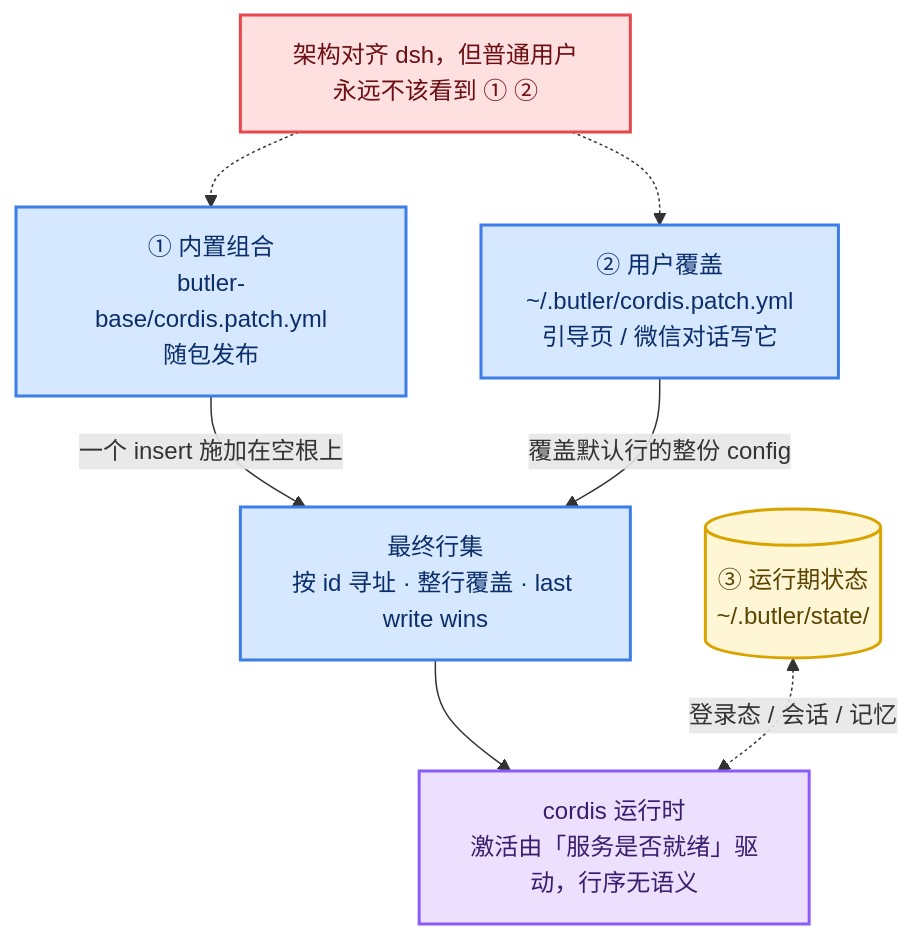
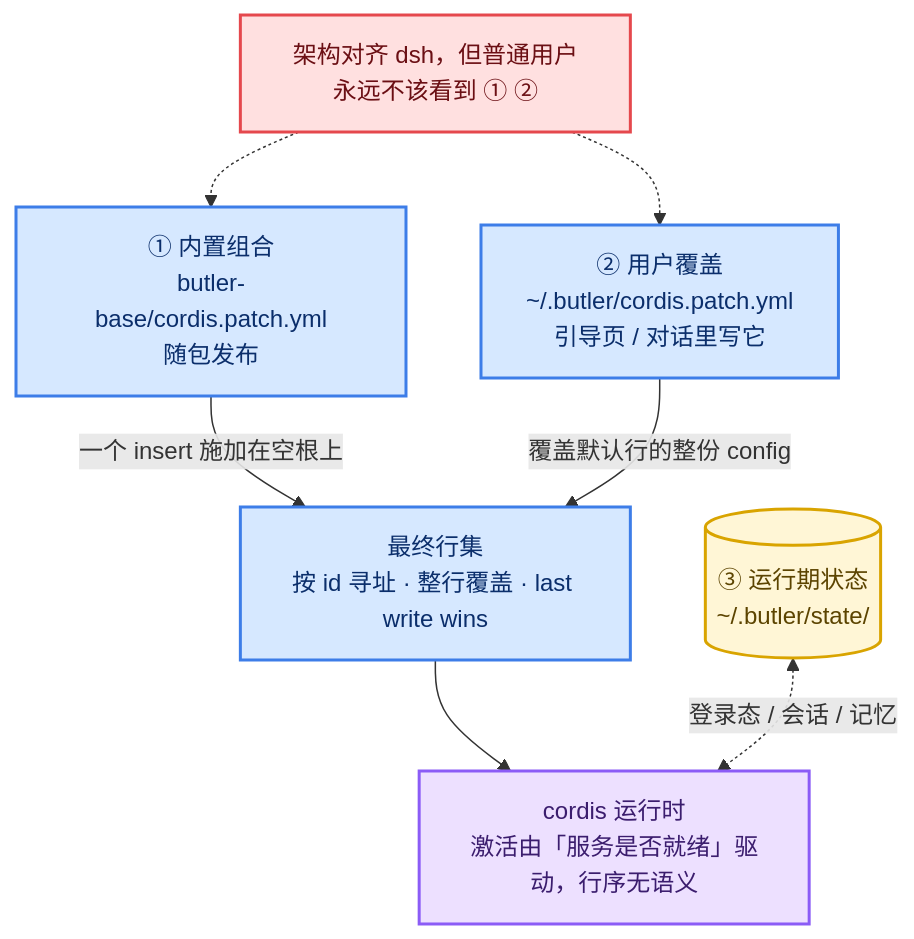
One commit to Leowuqunqun/ai-butler changed the diagram in docs/diagrams/tech-04-patch-layers.mmd. Above: the diagram before and after it, drawn with Mermaid. The commit also changed 18 other files, not shown here.

First line of the commit message:
第 91 轮补（四）：架构图跟上第三条通道 —— 7 张重渲 + 3 处「图说跟图打架」

```diff
--- a/docs/diagrams/tech-04-patch-layers.mmd
+++ b/docs/diagrams/tech-04-patch-layers.mmd
@@ -1,21 +1,21 @@
 flowchart TB
     B["① 内置组合<br/>butler-base/cordis.patch.yml<br/>随包发布"]
-    U["② 用户覆盖<br/>~/.butler/cordis.patch.yml<br/>引导页 / 微信对话写它"]
+    U["② 用户覆盖<br/>~/.butler/cordis.patch.yml<br/>引导页 / 对话里写它"]
     R["最终行集<br/>按 id 寻址 · 整行覆盖 · last write wins"]
     RT["cordis 运行时<br/>激活由「服务是否就绪」驱动，行序无语义"]
     S[("③ 运行期状态<br/>~/.butler/state/")]
     B -->|"一个 insert 施加在空根上"| R
     U -->|"覆盖默认行的整份 config"| R
     R --> RT
     S <-.->|"登录态 / 会话 / 记忆"| RT
     NOTE["架构对齐 dsh，但普通用户永远不该看到 ① ②"]
     NOTE -.-> B
     NOTE -.-> U
     classDef cfg fill:#D6E8FF,stroke:#3D7DE8,stroke-width:2px,color:#0B2E6B
     classDef rt fill:#EDE0FF,stroke:#8B5CF6,stroke-width:2px,color:#3B1D6E
     classDef store fill:#FFF6D6,stroke:#D9A400,stroke-width:2px,color:#5C4400
     classDef warn fill:#FFE0E0,stroke:#E5484D,stroke-width:2px,color:#6B0F14
     class B,U,R cfg
     class RT rt
     class S store
     class NOTE warn
```
